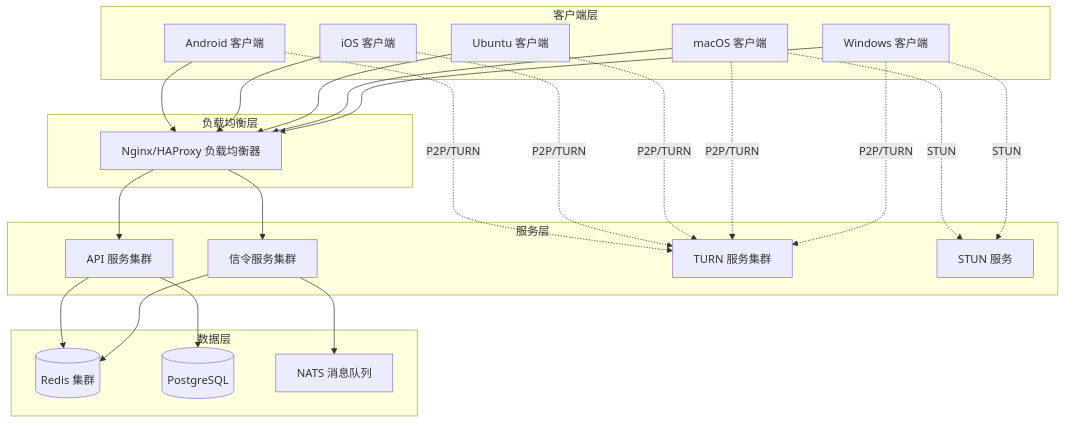
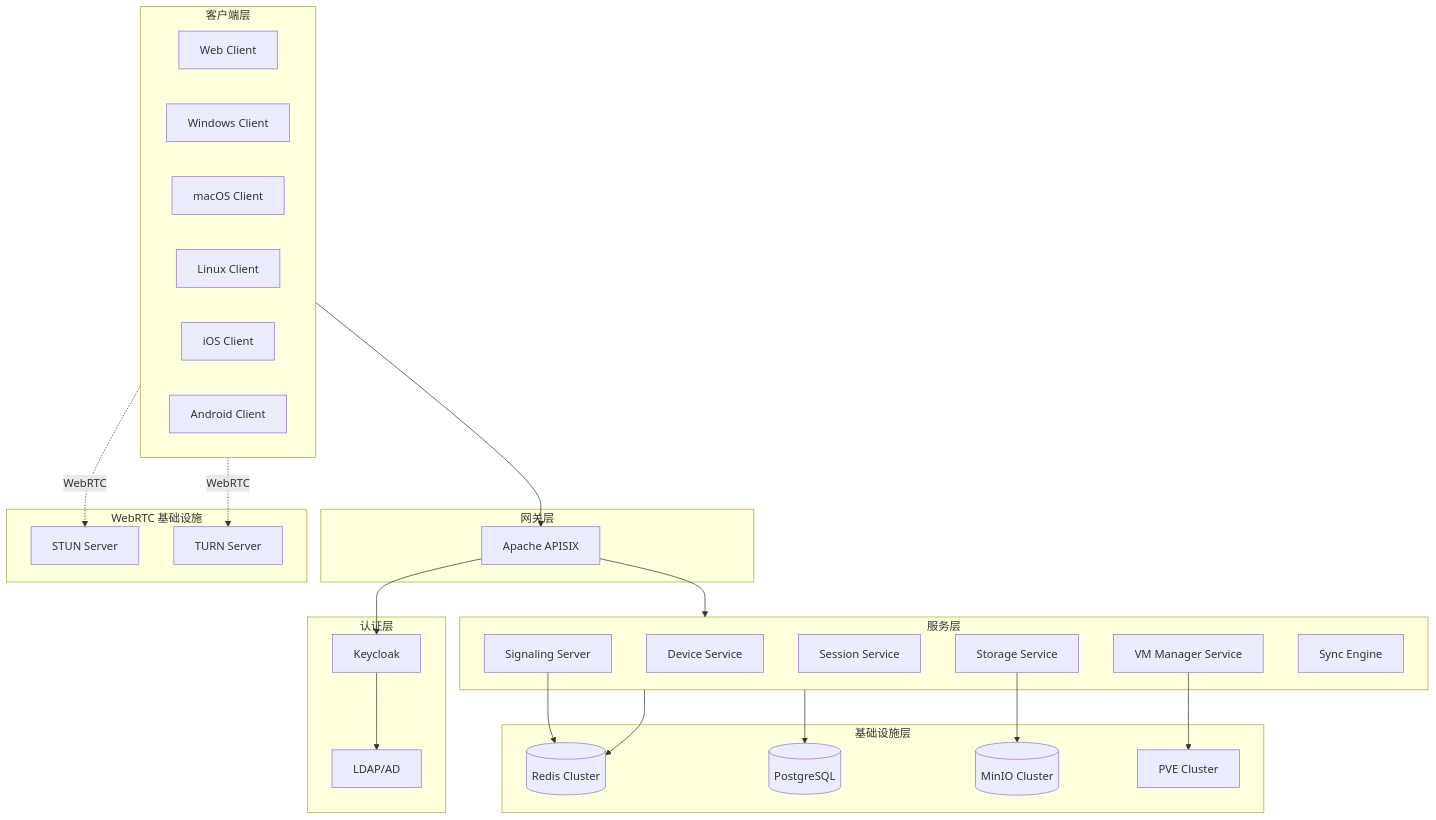
Before and after one commit to kuanghaowei/cecdesk: the first of 3 diagrams in .kiro/specs/remote-desktop-control/design.md, drawn with Mermaid. The commit also changed other lines of this file, not shown here.

````diff
--- a/.kiro/specs/remote-desktop-control/design.md
+++ b/.kiro/specs/remote-desktop-control/design.md
@@ -22,50 +32,54 @@
 ```mermaid
 graph TB
-    subgraph "客户端层"
-        WinClient[Windows 客户端]
-        MacClient[macOS 客户端]
-        LinuxClient[Ubuntu 客户端]
-        iOSClient[iOS 客户端]
-        AndroidClient[Android 客户端]
+    subgraph Clients["客户端层"]
+        WEB[Web Client]
+        WIN[Windows Client]
+        MAC[macOS Client]
+        LINUX[Linux Client]
+        IOS[iOS Client]
+        ANDROID[Android Client]
     end
 
-    subgraph "负载均衡层"
-        LB[Nginx/HAProxy 负载均衡器]
+    subgraph Gateway["网关层"]
+        APISIX[Apache APISIX]
     end
 
-    subgraph "服务层"
-        SignalingSvc[信令服务集群]
-        APISvc[API 服务集群]
-        TURNSvc[TURN 服务集群]
-        STUNSvc[STUN 服务]
+    subgraph Auth["认证层"]
+        KC[Keycloak]
+        LDAP[LDAP/AD]
     end
 
-    subgraph "数据层"
-        Redis[(Redis 集群)]
-        PostgreSQL[(PostgreSQL)]
-        NATS[NATS 消息队列]
+    subgraph Services["服务层"]
+        SIG[Signaling Server]
+        DEVICE[Device Service]
+        SESSION[Session Service]
+        VM[VM Manager Service]
+        STORAGE[Storage Service]
+        SYNC[Sync Engine]
     end
 
-    WinClient --> LB
-    MacClient --> LB
-    LinuxClient --> LB
-    iOSClient --> LB
-    AndroidClient --> LB
+    subgraph Infrastructure["基础设施层"]
+        REDIS[(Redis Cluster)]
+        PG[(PostgreSQL)]
+        MINIO[(MinIO Cluster)]
+        PVE[PVE Cluster]
+    end
 
-    LB --> SignalingSvc
-    LB --> APISvc
+    subgraph WebRTC["WebRTC 基础设施"]
+        STUN[STUN Server]
+        TURN[TURN Server]
+    end
 
-    SignalingSvc --> Redis
-    SignalingSvc --> NATS
-    APISvc --> PostgreSQL
-    APISvc --> Redis
+    Clients --> APISIX
+    APISIX --> KC
+    APISIX --> Services
+    KC --> LDAP
+    Services --> REDIS
+    Services --> PG
+    STORAGE --> MINIO
+    VM --> PVE
+    Clients -.->|WebRTC| STUN
+    Clients -.->|WebRTC| TURN
+    SIG --> REDIS
 
-    WinClient -.P2P/TURN.-> TURNSvc
-    MacClient -.P2P/TURN.-> TURNSvc
-    LinuxClient -.P2P/TURN.-> TURNSvc
-    iOSClient -.P2P/TURN.-> TURNSvc
-    AndroidClient -.P2P/TURN.-> TURNSvc
-
-    WinClient -.STUN.-> STUNSvc
-    MacClient -.STUN.-> STUNSvc
 ```
````
